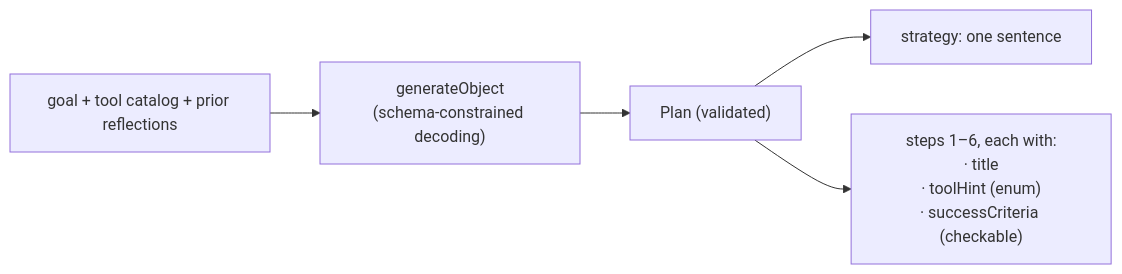
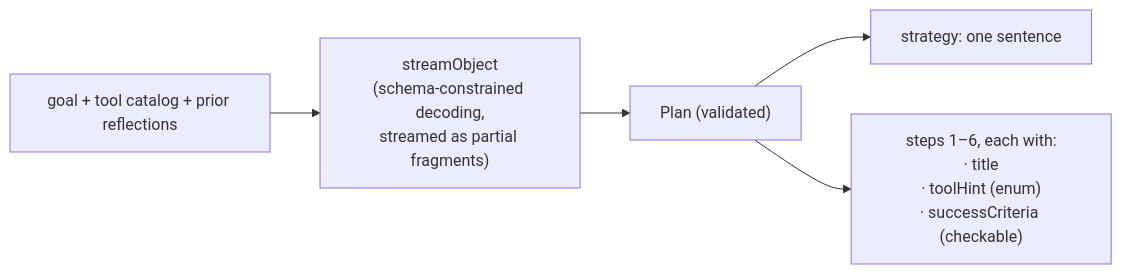
The fourth of 19 diagrams in ARCHITECTURE.md (DestroyorahSignus/Nero), drawn with Mermaid before and after one commit. The commit also changed other lines of this file and 21 other files, not shown here.

````diff
--- a/ARCHITECTURE.md
+++ b/ARCHITECTURE.md
@@ -182,7 +185,7 @@
 ```mermaid
 flowchart LR
-    IN[goal + tool catalog + prior reflections] --> GO["generateObject<br/>(schema-constrained decoding)"]
+    IN[goal + tool catalog + prior reflections] --> GO["streamObject<br/>(schema-constrained decoding,<br/>streamed as partial fragments)"]
     GO --> P["Plan (validated)"]
     P --> S1["strategy: one sentence"]
     P --> S2["steps 1–6, each with:<br/>· title<br/>· toolHint (enum)<br/>· successCriteria (checkable)"]
 ```
````
